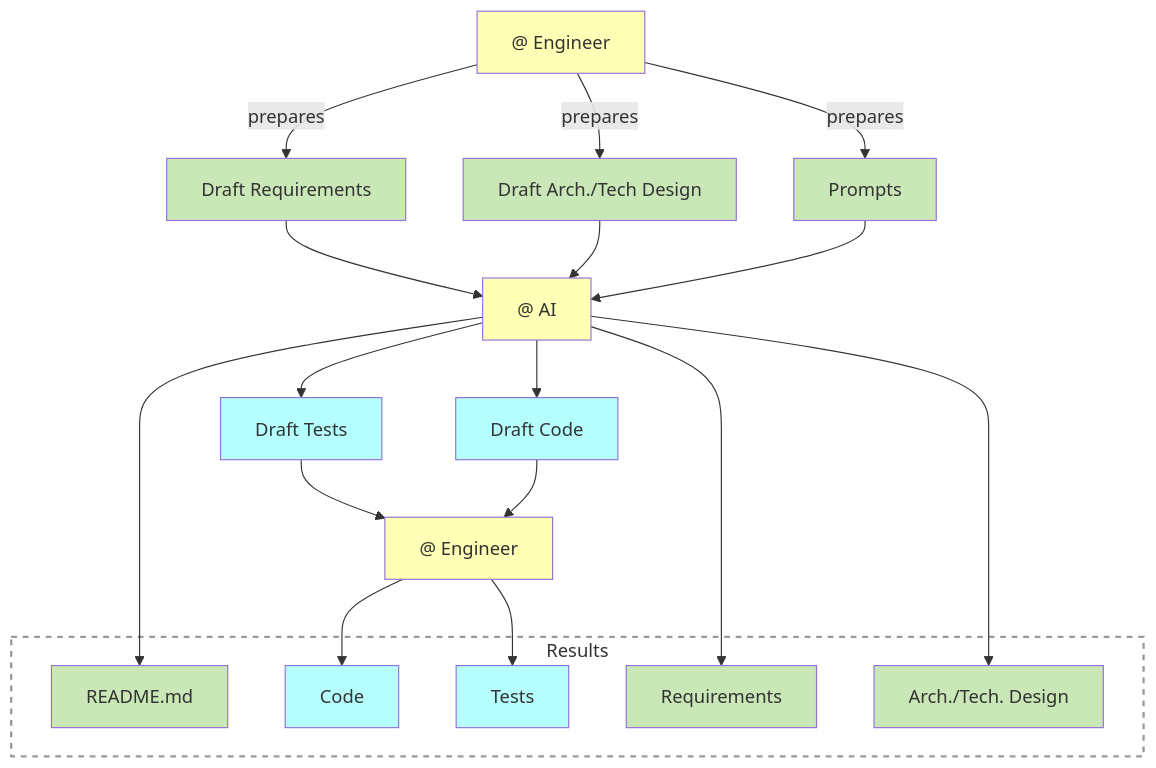
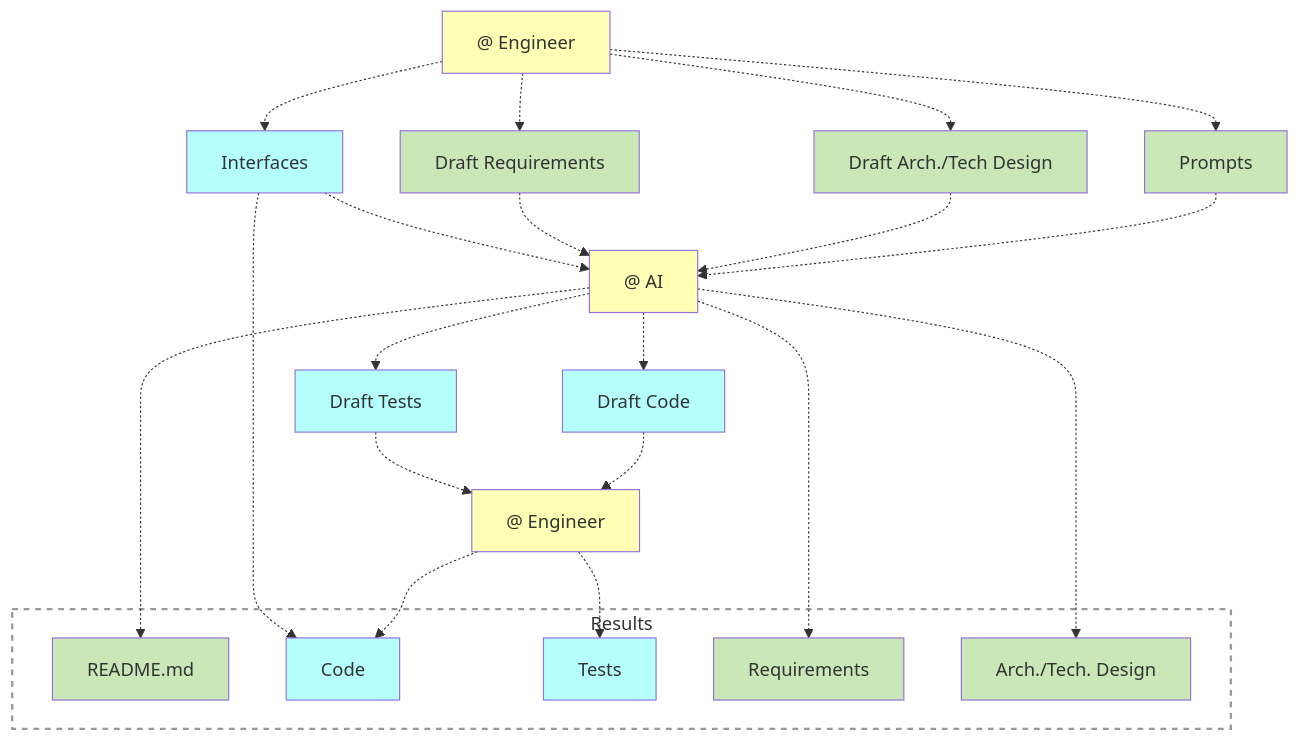
The second of 2 diagrams in se.md (voedger/voedger-kb), drawn with Mermaid before and after one commit. The commit also changed other lines of this file, not shown here.

Commit message:
Add Software Engineering & AI section with diagrams and design concepts

````diff
--- a/se.md
+++ b/se.md
@@ -258,51 +85,56 @@
 ```mermaid
 graph TD
 
   %% Entities =================================
   Engineer["@ Engineer"]:::B
   Engineer2["@ Engineer"]:::B
   AI["@ AI"]:::B
 
   DraftRequirements["Draft Requirements"]:::H
   DraftArchitecture["Draft Arch./Tech Design"]:::H
   Prompts["Prompts"]:::H
+  Interfaces["Interfaces"]:::S
   
 
   DCode["Draft Code"]:::S
   DTests["Draft Tests"]:::S
 
   Results:::G
   subgraph "Results"
     README["README.md"]:::H
     Code["Code"]:::S
     Tests["Tests"]:::S
     Requirements["Requirements"]:::H
     Architecture["Arch./Tech. Design"]:::H
   end
 
 
   %% Relations =================================
-  Engineer --> |prepares| DraftRequirements
-  Engineer --> |prepares| DraftArchitecture
+  Engineer -.-> DraftRequirements
+  Engineer -.-> DraftArchitecture
+  Engineer -.-> Interfaces
+  Engineer -.-> Prompts
   
-  DraftRequirements --> AI
-  DraftArchitecture --> AI
-  AI --> DCode
-  AI --> DTests
-  AI --> README
-  AI --> Requirements
-  AI --> Architecture
-  Prompts --> AI
-  Engineer --> |prepares| Prompts
+  Interfaces -.-> AI
+  DraftRequirements -.-> AI
+  DraftArchitecture -.-> AI
+  AI -.-> DCode
+  AI -.-> DTests
+  AI -.-> README
+  AI -.-> Requirements
+  AI -.-> Architecture
+  Prompts -.-> AI
 
-  DTests --> Engineer2
-  DCode --> Engineer2
-  Engineer2 --> Code
-  Engineer2 --> Tests
+
+  Interfaces -.-> Code
+  DTests -.-> Engineer2
+  DCode -.-> Engineer2
+  Engineer2 -.-> Code
+  Engineer2 -.-> Tests
 
 
   classDef B fill:#FFFFB5,color:#333
   classDef S fill:#B5FFFF,color:#333
   classDef H fill:#C9E7B7,color:#333
   classDef G fill:#ffffff15, stroke:#999, stroke-width:2px, stroke-dasharray: 5 5
 ```
````
